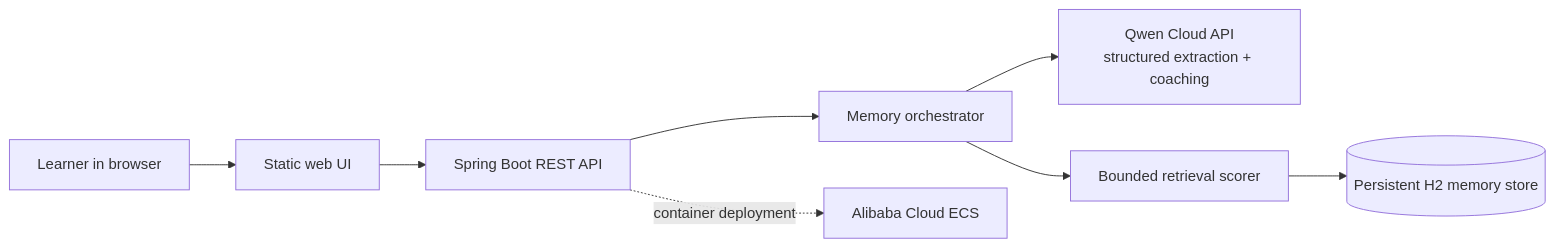
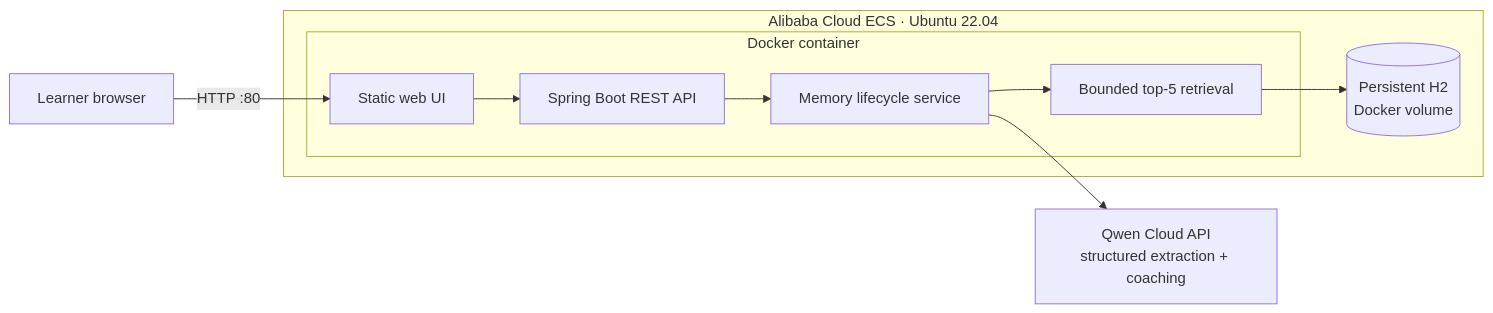
The diagram in README.md (2395935208/campus-memory), drawn with Mermaid before and after one commit. The commit also changed other lines of this file and 4 other files, not shown here.

````diff
--- a/README.md
+++ b/README.md
@@ -29,10 +33,13 @@
 ```mermaid
 flowchart LR
-    U["Learner in browser"] --> W["Static web UI"]
-    W --> A["Spring Boot REST API"]
-    A --> O["Memory orchestrator"]
+    subgraph ECS["Alibaba Cloud ECS · Ubuntu 22.04"]
+        subgraph D["Docker container"]
+            W["Static web UI"] --> A["Spring Boot REST API"]
+            A --> O["Memory lifecycle service"]
+            O --> R["Bounded top-5 retrieval"]
+        end
+        R --> H[("Persistent H2<br/>Docker volume")]
+    end
+    U["Learner browser"] -->|"HTTP :80"| W
     O --> Q["Qwen Cloud API<br/>structured extraction + coaching"]
-    O --> R["Bounded retrieval scorer"]
-    R --> H[("Persistent H2 memory store")]
-    A -. "container deployment" .-> E["Alibaba Cloud ECS"]
 ```
````
